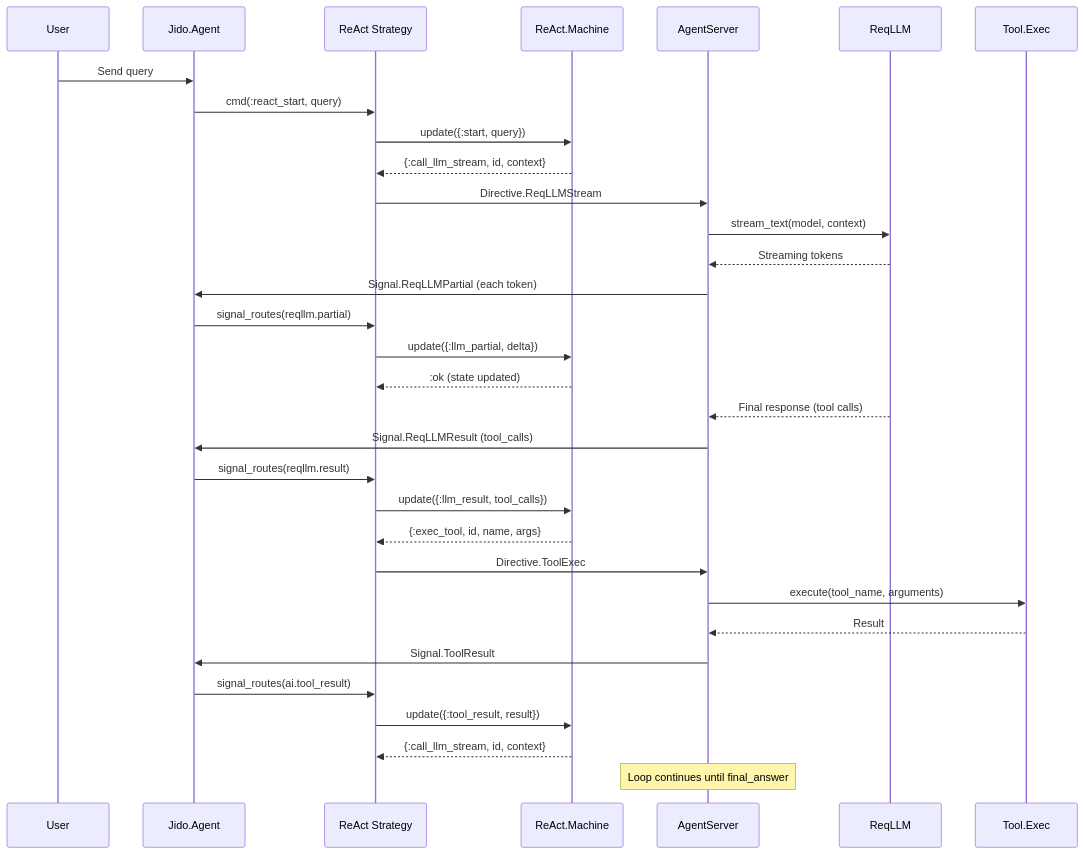
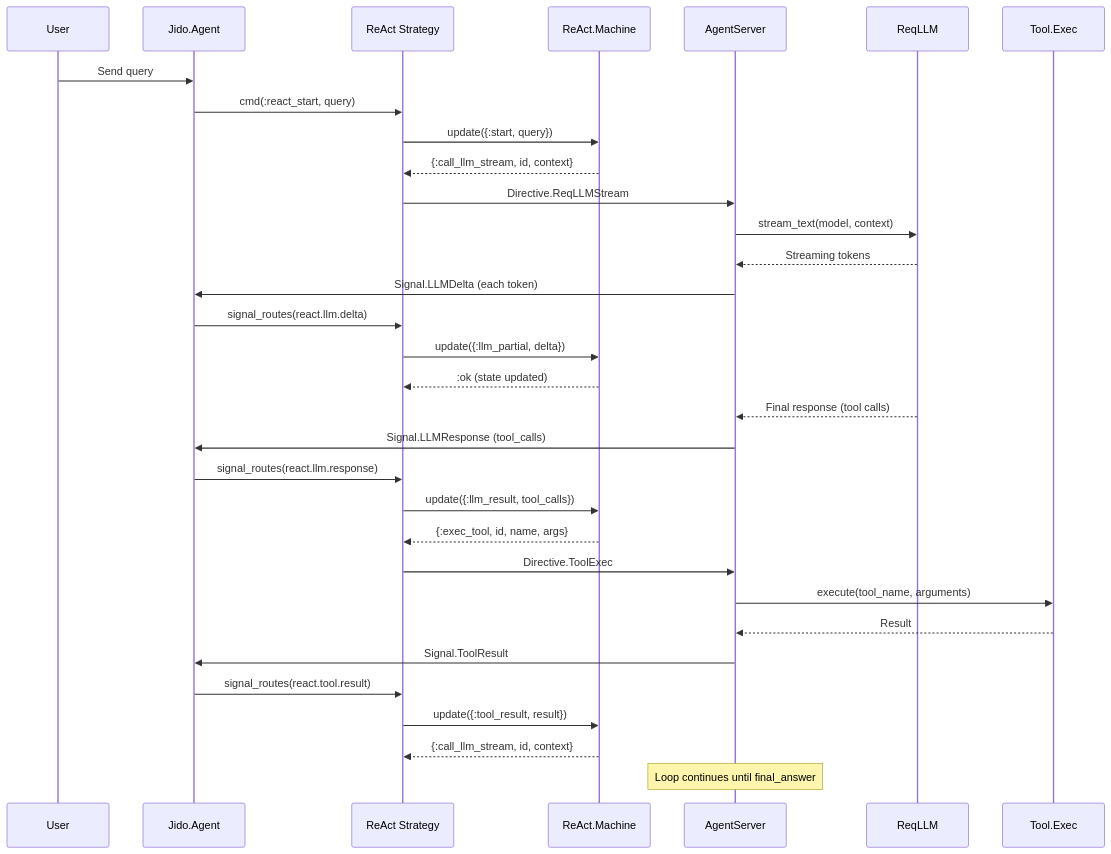
One commit to agentjido/jido_ai changed the second of 2 diagrams in guides/developer/01_architecture_overview.md. Above: the diagram before and after it, drawn with Mermaid. The commit also changed other lines of this file and 32 other files, not shown here.

First line of the commit message:
refactor: update signal types and architecture in Jido.AI

````diff
--- a/guides/developer/01_architecture_overview.md
+++ b/guides/developer/01_architecture_overview.md
@@ -240,39 +240,39 @@
 ```mermaid
 sequenceDiagram
     participant User
     participant Agent as Jido.Agent
     participant Strategy as ReAct Strategy
     participant Machine as ReAct.Machine
     participant Runtime as AgentServer
     participant LLM as ReqLLM
     participant Tool as Tool.Exec
 
     User->>Agent: Send query
     Agent->>Strategy: cmd(:react_start, query)
     Strategy->>Machine: update({:start, query})
     Machine-->>Strategy: {:call_llm_stream, id, context}
     Strategy->>Runtime: Directive.ReqLLMStream
 
     Runtime->>LLM: stream_text(model, context)
     LLM-->>Runtime: Streaming tokens
-    Runtime->>Agent: Signal.ReqLLMPartial (each token)
-    Agent->>Strategy: signal_routes(reqllm.partial)
+    Runtime->>Agent: Signal.LLMDelta (each token)
+    Agent->>Strategy: signal_routes(react.llm.delta)
     Strategy->>Machine: update({:llm_partial, delta})
     Machine-->>Strategy: :ok (state updated)
 
     LLM-->>Runtime: Final response (tool calls)
-    Runtime->>Agent: Signal.ReqLLMResult (tool_calls)
-    Agent->>Strategy: signal_routes(reqllm.result)
+    Runtime->>Agent: Signal.LLMResponse (tool_calls)
+    Agent->>Strategy: signal_routes(react.llm.response)
     Strategy->>Machine: update({:llm_result, tool_calls})
     Machine-->>Strategy: {:exec_tool, id, name, args}
     Strategy->>Runtime: Directive.ToolExec
 
     Runtime->>Tool: execute(tool_name, arguments)
     Tool-->>Runtime: Result
     Runtime->>Agent: Signal.ToolResult
-    Agent->>Strategy: signal_routes(ai.tool_result)
+    Agent->>Strategy: signal_routes(react.tool.result)
     Strategy->>Machine: update({:tool_result, result})
     Machine-->>Strategy: {:call_llm_stream, id, context}
 
     Note over Runtime: Loop continues until final_answer
 ```
````
